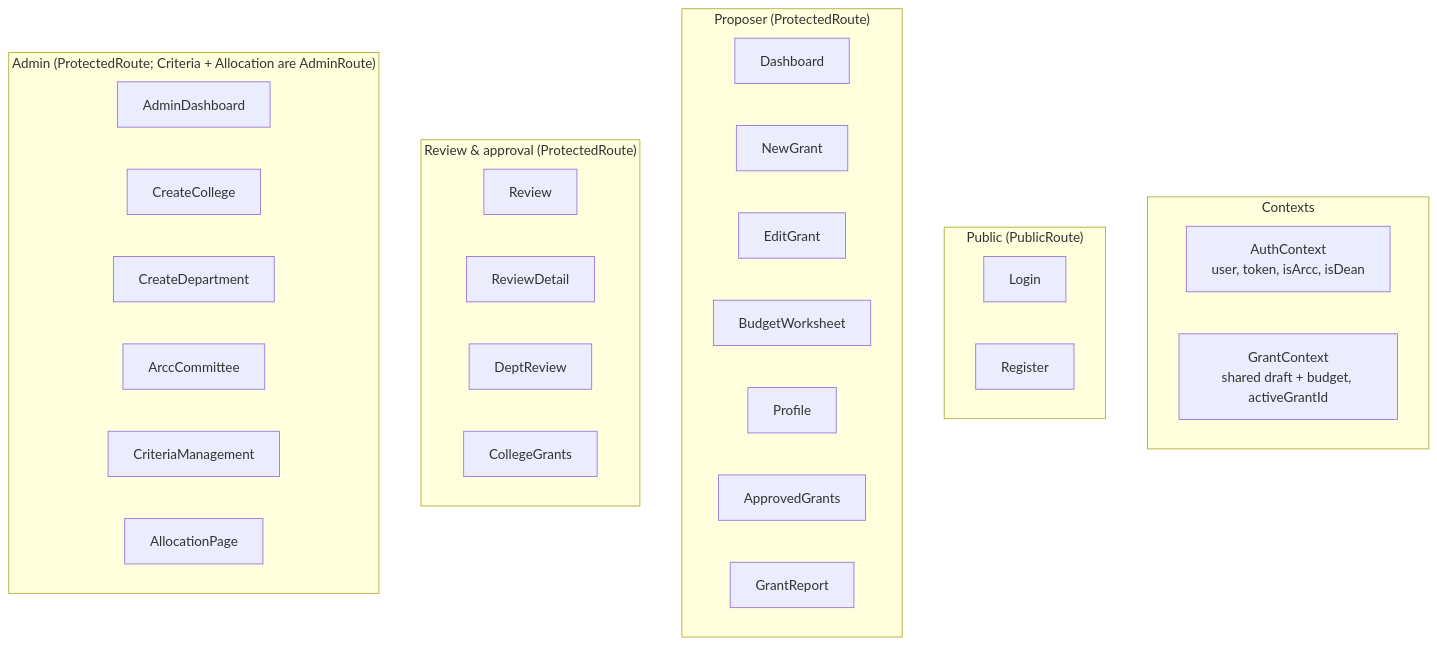
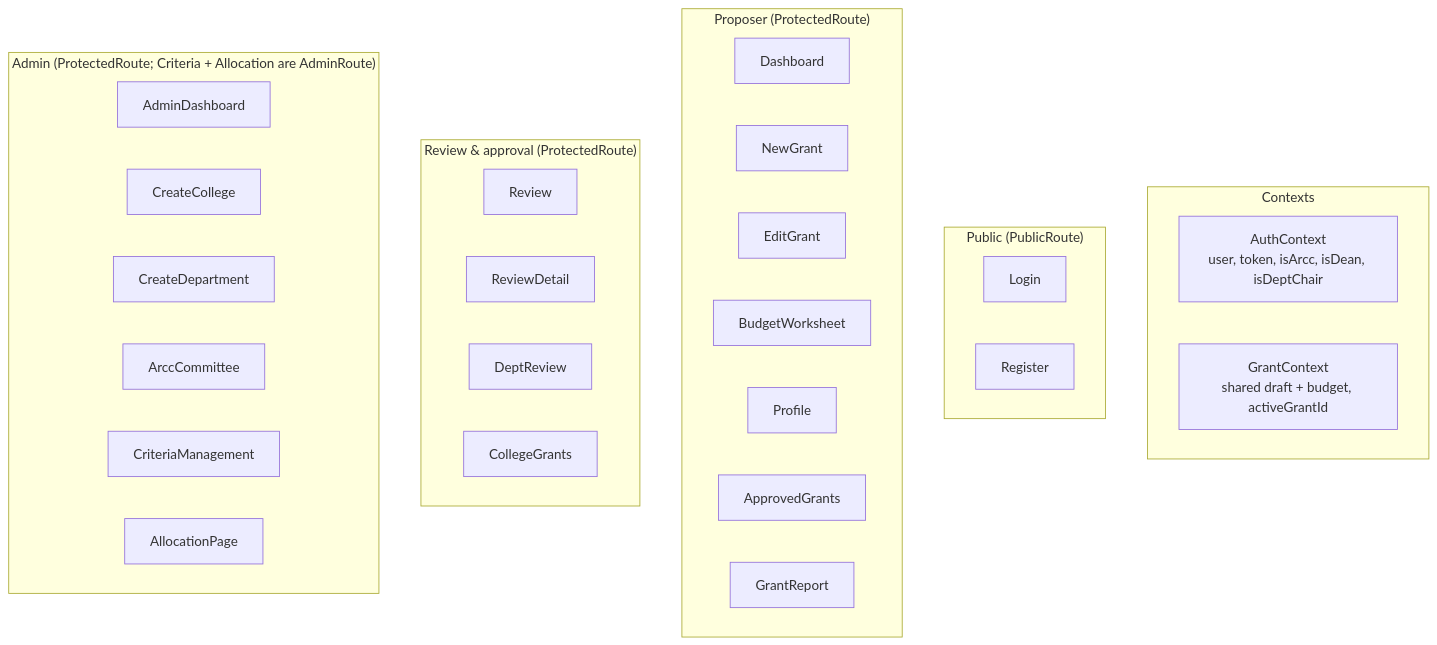
One commit to jayantiacharya/grant-management-system changed the second of 8 diagrams in docs/architecture.md. Above: the diagram before and after it, drawn with Mermaid. The commit also changed other lines of this file and 24 other files, not shown here.

````diff
--- a/docs/architecture.md
+++ b/docs/architecture.md
@@ -28,38 +28,38 @@
 ```mermaid
 flowchart TB
     subgraph Contexts
-        AUTH["AuthContext<br/>user, token, isArcc, isDean"]
+        AUTH["AuthContext<br/>user, token, isArcc, isDean, isDeptChair"]
         GRANT["GrantContext<br/>shared draft + budget, activeGrantId"]
     end
 
     subgraph Public ["Public (PublicRoute)"]
         LOGIN[Login]
         REG[Register]
     end
 
     subgraph Proposer ["Proposer (ProtectedRoute)"]
         DASH[Dashboard]
         NEW[NewGrant]
         EDIT[EditGrant]
         BUDGET[BudgetWorksheet]
         PROFILE[Profile]
         APPROVED[ApprovedGrants]
         REPORT[GrantReport]
     end
 
     subgraph Review ["Review & approval (ProtectedRoute)"]
         REV[Review]
         REVDET[ReviewDetail]
         DEPTREV[DeptReview]
         CG[CollegeGrants]
     end
 
     subgraph Admin ["Admin (ProtectedRoute; Criteria + Allocation are AdminRoute)"]
         ADASH[AdminDashboard]
         COLLEGE[CreateCollege]
         DEPT[CreateDepartment]
         ARCCPG[ArccCommittee]
         CRIT[CriteriaManagement]
         ALLOC[AllocationPage]
     end
 ```
````
